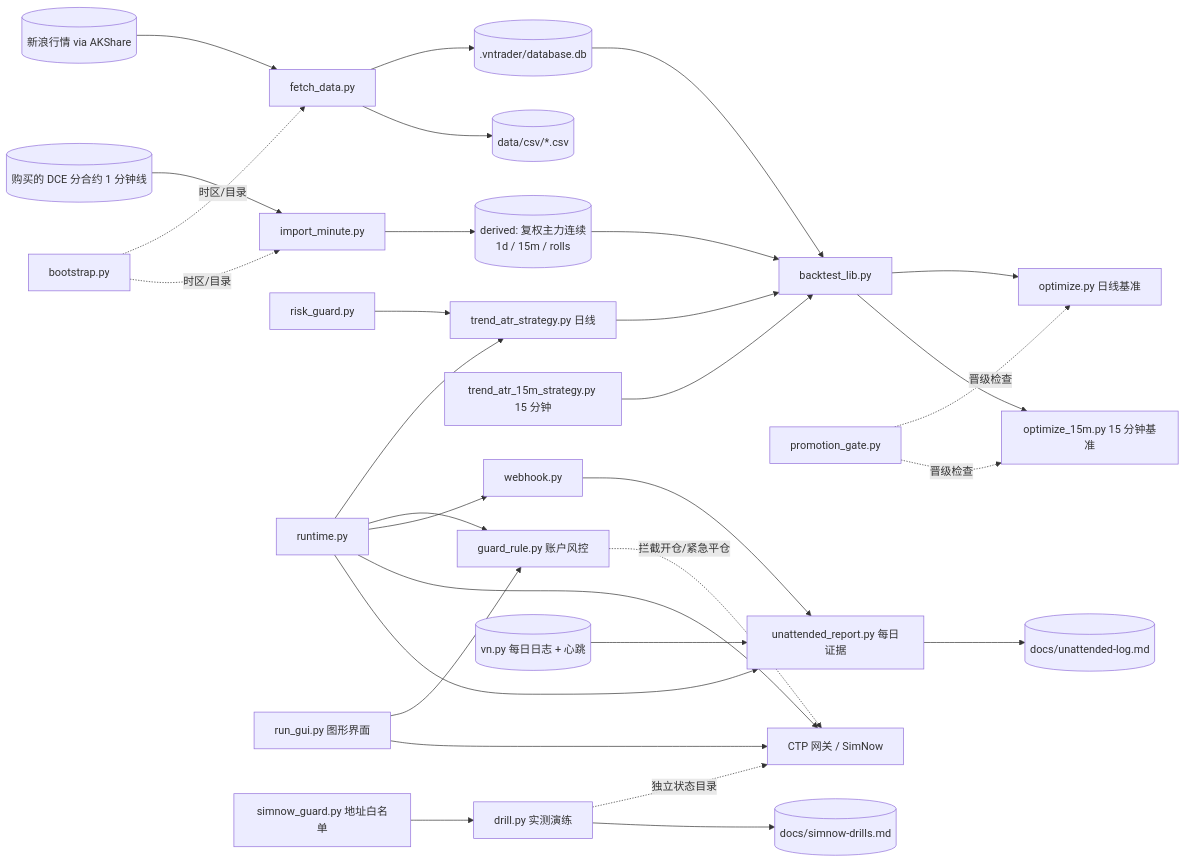
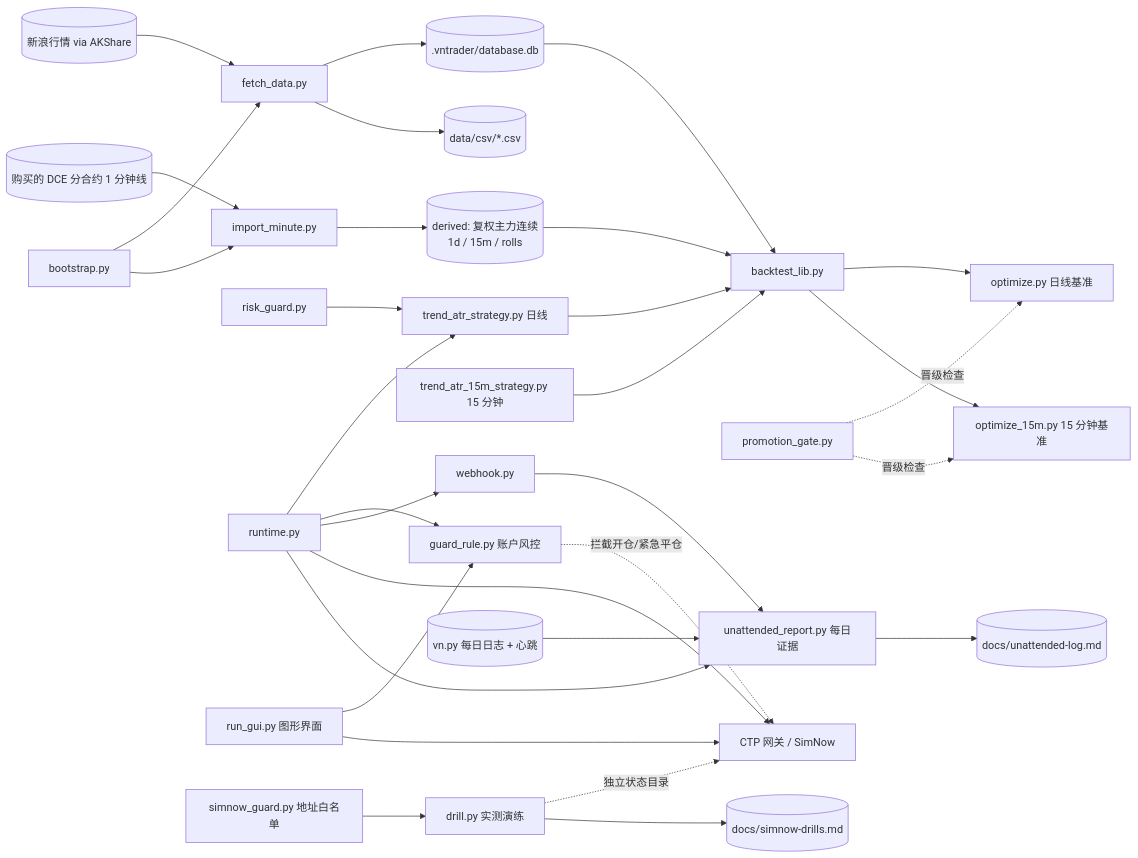
Before and after one commit to laiyinyizao007/invest: the first of 4 diagrams in PROJECTWIKI.md, drawn with Mermaid. The commit also changed other lines of this file and 6 other files, not shown here.

````diff
--- a/PROJECTWIKI.md
+++ b/PROJECTWIKI.md
@@ -31,33 +31,33 @@
 ```mermaid
 flowchart LR
   SINA[(新浪行情 via AKShare)] --> FD[fetch_data.py]
   BUY[(购买的 DCE 分合约 1 分钟线)] --> IM[import_minute.py]
   IM --> DER[(derived: 复权主力连续<br/>1d / 15m / rolls)]
-  BS[bootstrap.py] -. 时区/目录 .-> FD
-  BS -. 时区/目录 .-> IM
+  BS[bootstrap.py] --> FD
+  BS --> IM
   FD --> DB[(.vntrader/database.db)]
   FD --> CSV[(data/csv/*.csv)]
   DB --> BL[backtest_lib.py]
   DER --> BL
   BL --> OPT[optimize.py 日线基准]
   BL --> O15[optimize_15m.py 15 分钟基准]
   ST[trend_atr_strategy.py 日线] --> BL
   ST15[trend_atr_15m_strategy.py 15 分钟] --> BL
   RG[risk_guard.py] --> ST
   PG[promotion_gate.py] -. 晋级检查 .-> OPT
   PG -. 晋级检查 .-> O15
   RT[runtime.py] --> ST
   RT --> GR[guard_rule.py 账户风控]
   RT --> WH[webhook.py]
   RT --> CTP[CTP 网关 / SimNow]
   GUI[run_gui.py 图形界面] --> GR
   GUI --> CTP
   GR -. 拦截开仓/紧急平仓 .-> CTP
   SG[simnow_guard.py 地址白名单] --> DR[drill.py 实测演练]
   DR -. 独立状态目录 .-> CTP
   DR --> DRDOC[(docs/simnow-drills.md)]
   RT --> UR[unattended_report.py 每日证据]
   UR --> URDOC[(docs/unattended-log.md)]
   LOG[(vn.py 每日日志 + 心跳)] --> UR
   WH --> UR
 ```
````
